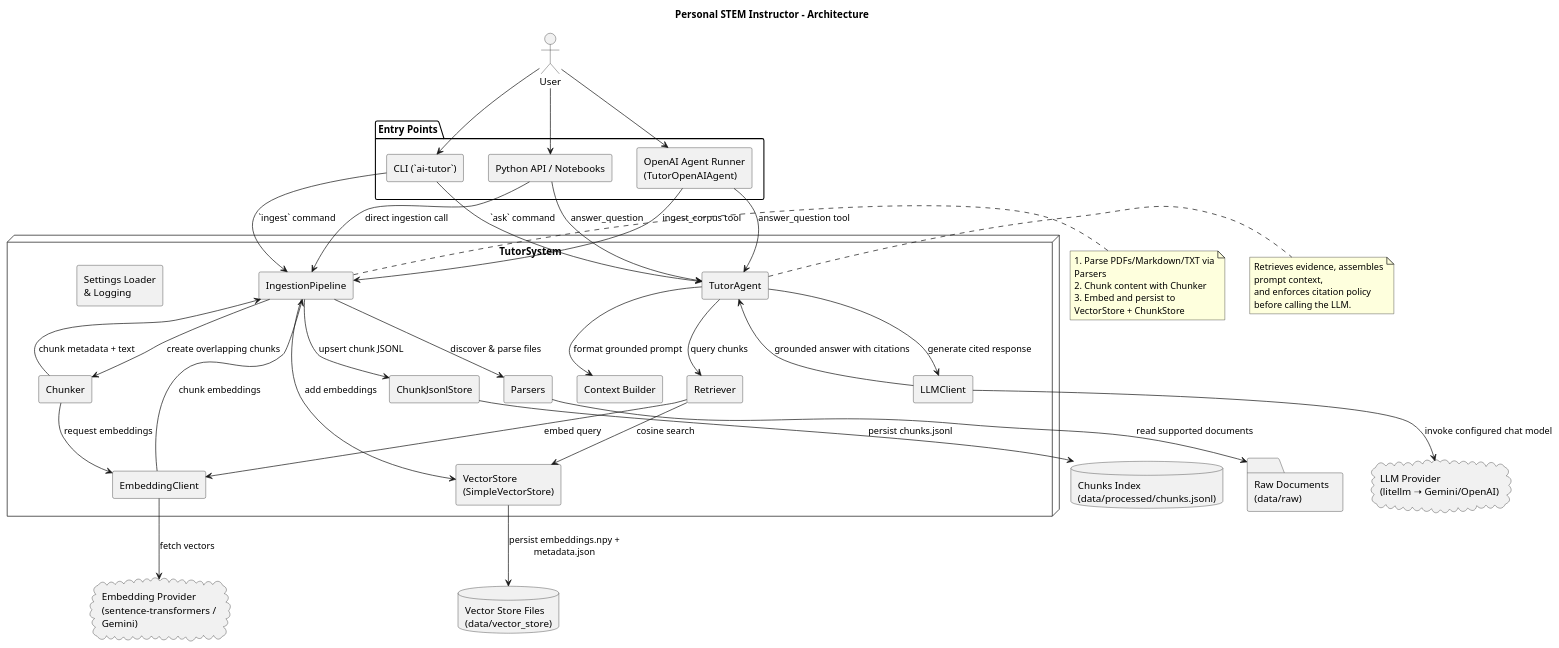
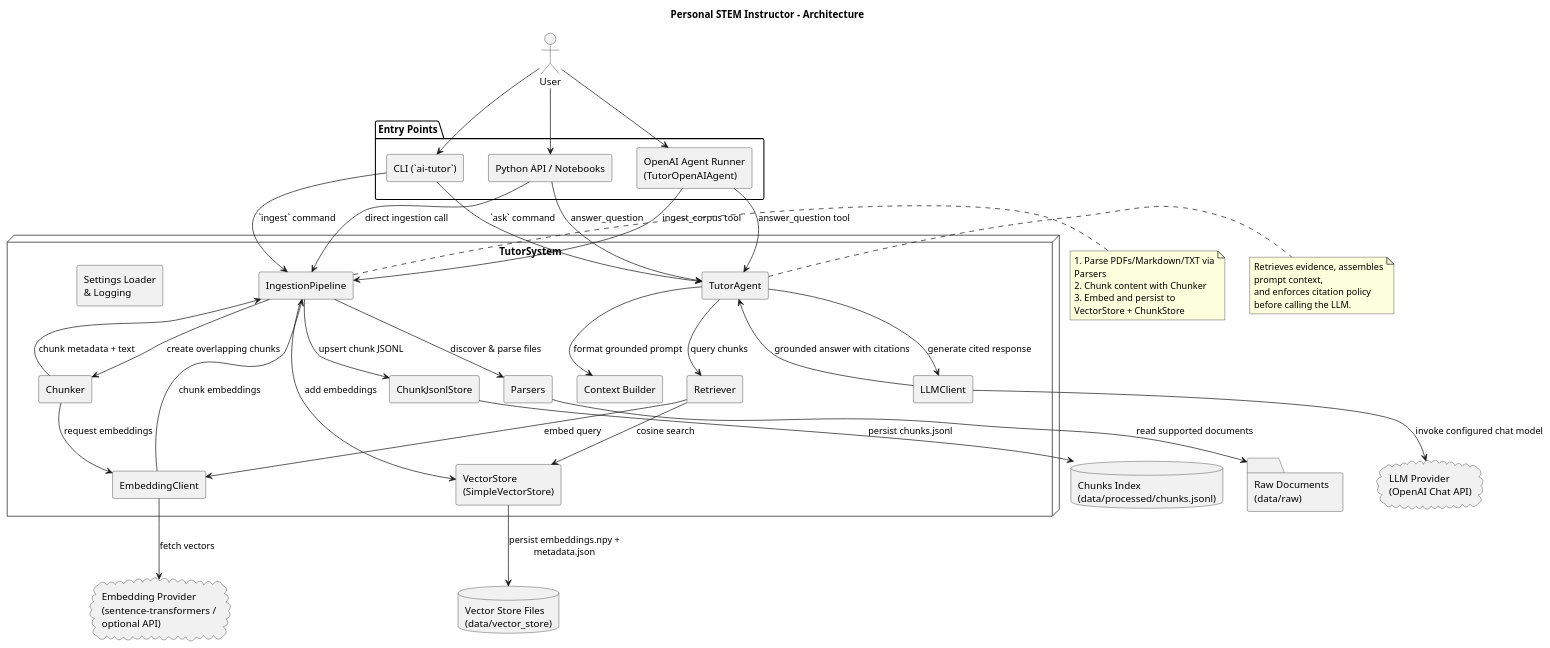
One commit to HenryNVP/ai-tutor changed the diagram in docs/architecture.puml. Above: the diagram before and after it, drawn with PlantUML. The commit also changed 13 other files, not shown here.

```diff
--- a/docs/architecture.puml
+++ b/docs/architecture.puml
@@ -1,77 +1,77 @@
 @startuml
 skinparam componentStyle rectangle
 skinparam wrapWidth 200
 skinparam maxMessageSize 200
 title Personal STEM Instructor – Architecture
 
 actor User
 
 package "Entry Points" {
   component "CLI (`ai-tutor`)" as CLI
   component "OpenAI Agent Runner\n(TutorOpenAIAgent)" as AgentRunner
   component "Python API / Notebooks" as PythonAPI
 }
 
 node "TutorSystem" as TutorSystem {
   component "Settings Loader\n& Logging" as Settings
   component "IngestionPipeline" as Ingestion
   component "TutorAgent" as TutorAgent
   component "Retriever" as Retriever
   component "Context Builder" as ContextBuilder
   component "EmbeddingClient" as EmbeddingClient
   component "LLMClient" as LLMClient
   component "VectorStore\n(SimpleVectorStore)" as VectorStore
   component "ChunkJsonlStore" as ChunkStore
   component "Parsers" as Parsers
   component "Chunker" as Chunker
 }
 
 database "Vector Store Files\n(data/vector_store)" as VectorFS
 database "Chunks Index\n(data/processed/chunks.jsonl)" as ChunkFS
 folder "Raw Documents\n(data/raw)" as RawDocs
-cloud "LLM Provider\n(litellm ➝ Gemini/OpenAI)" as LLMProvider
-cloud "Embedding Provider\n(sentence-transformers / Gemini)" as EmbeddingProvider
+cloud "LLM Provider\n(OpenAI Chat API)" as LLMProvider
+cloud "Embedding Provider\n(sentence-transformers / optional API)" as EmbeddingProvider
 
 User --> CLI
 User --> AgentRunner
 User --> PythonAPI
 
 CLI --> Ingestion : `ingest` command
 CLI --> TutorAgent : `ask` command
 AgentRunner --> Ingestion : ingest_corpus tool
 AgentRunner --> TutorAgent : answer_question tool
 PythonAPI --> Ingestion : direct ingestion call
 PythonAPI --> TutorAgent : answer_question
 
 Ingestion --> Parsers : discover & parse files
 Parsers --> RawDocs : read supported documents
 Ingestion --> Chunker : create overlapping chunks
 Chunker --> Ingestion : chunk metadata + text
 Chunker --> EmbeddingClient : request embeddings
 EmbeddingClient --> EmbeddingProvider : fetch vectors
 EmbeddingClient --> Ingestion : chunk embeddings
 Ingestion --> VectorStore : add embeddings
 VectorStore --> VectorFS : persist embeddings.npy + metadata.json
 Ingestion --> ChunkStore : upsert chunk JSONL
 ChunkStore --> ChunkFS : persist chunks.jsonl
 
 TutorAgent --> Retriever : query chunks
 Retriever --> EmbeddingClient : embed query
 Retriever --> VectorStore : cosine search
 TutorAgent --> ContextBuilder : format grounded prompt
 TutorAgent --> LLMClient : generate cited response
 LLMClient --> LLMProvider : invoke configured chat model
 LLMClient --> TutorAgent : grounded answer with citations
 
 note right of Ingestion
   1. Parse PDFs/Markdown/TXT via Parsers
   2. Chunk content with Chunker
   3. Embed and persist to VectorStore + ChunkStore
 end note
 
 note right of TutorAgent
   Retrieves evidence, assembles prompt context,
   and enforces citation policy before calling the LLM.
 end note
 
 @enduml
```
